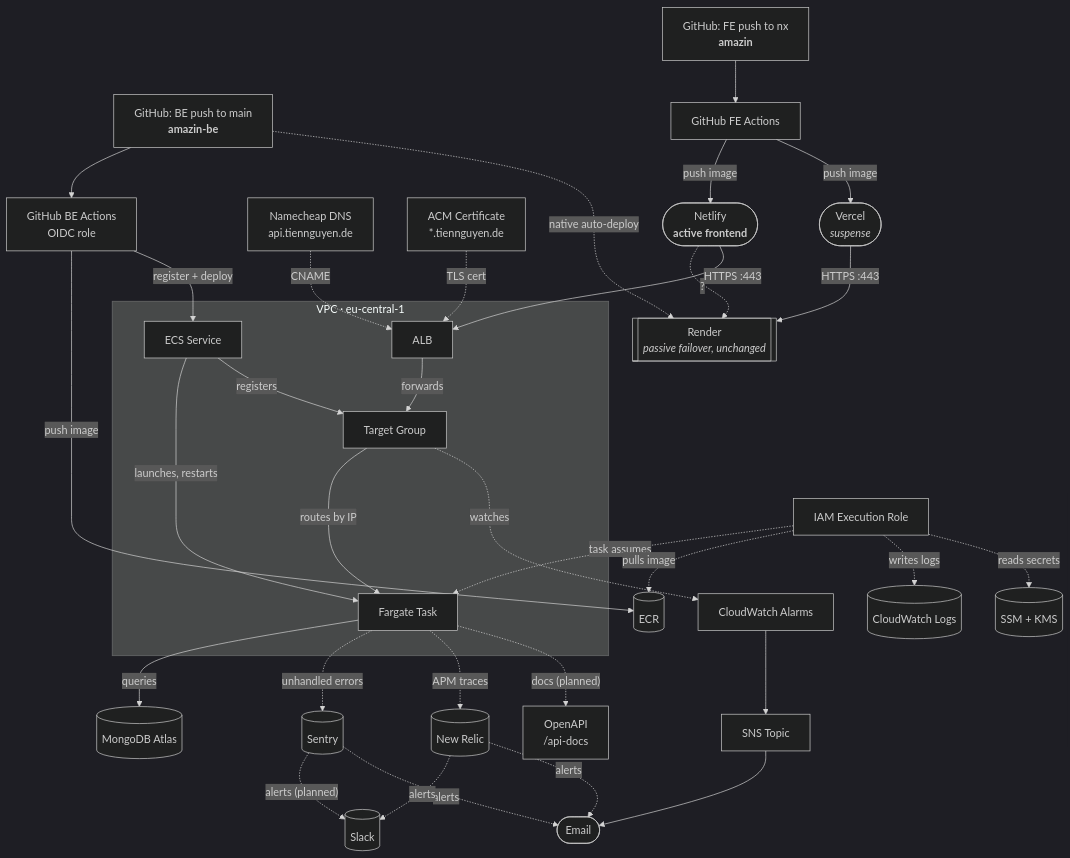
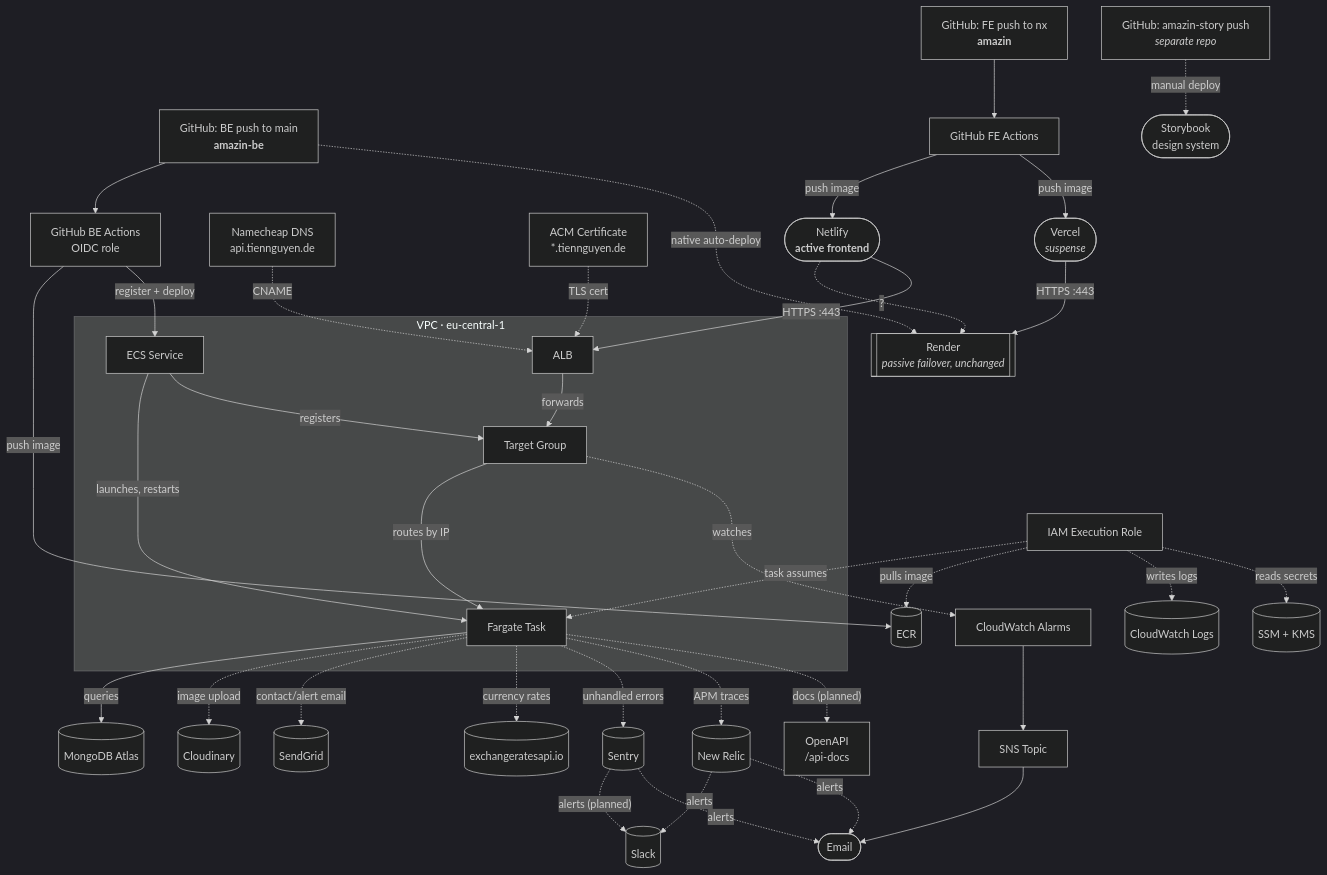
The diagram in README.md (ntrix/amazin), drawn with Mermaid (dark theme) before and after one commit.

Commit message:
docs(readme): add Cloudinary/SendGrid/rates + standalone Storybook to diagram

````diff
--- a/README.md
+++ b/README.md
@@ -111,46 +111,52 @@
 ```mermaid
 flowchart TB
   GitHubBE["GitHub: BE push to main<br/><b>amazin-be</b>"] --> ActionsBE["GitHub BE Actions<br/>OIDC role"]
   ActionsBE -->|"push image"| ECR[("ECR")]
   ActionsBE -->|"register + deploy"| Service
   GitHubBE -.->|"native auto-deploy"| Render
 
   DNS["Namecheap DNS<br/>api.tiennguyen.de"] -. CNAME .-> ALB
   ACM["ACM Certificate<br/>*.tiennguyen.de"] -. "TLS cert" .-> ALB
 
   GitHubFE["GitHub: FE push to nx<br/><b>amazin</b>"] --> ActionsFE["GitHub FE Actions"]
   ActionsFE -->|"push image"| Netlify(["Netlify<br/><b>active frontend</b>"]) .->|"?"| Render
   Netlify -->|"HTTPS :443"| ALB["ALB"]
   ActionsFE -->|"push image"| Vercel(["Vercel<br/><i>suspense</i>"]) -->|"HTTPS :443"| Render
   ALB -->|forwards| TG["Target Group"]
   TG -->|"routes by IP"| Task["Fargate Task"]
   Task -->|queries| Mongo[("MongoDB Atlas")]
   Service["ECS Service"] -->|"launches, restarts"| Task
   Service -->|registers| TG
 
   ~~~Role["IAM Execution Role"] -. "task assumes" .-> Task
   Role -. "pulls image" .-> ECR
   Role -. "writes logs" .-> Logs[("CloudWatch Logs")]
   Role -. "reads secrets" .-> SSM[("SSM + KMS")]
 
   TG -. watches .-> Alarms["CloudWatch Alarms"]
   Alarms --> SNS["SNS Topic"]
   SNS --> Email([Email])
 
+  Task -. "image upload" .-> Cloudinary[("Cloudinary")]
+  Task -. "contact/alert email" .-> SendGrid[("SendGrid")]
+  Task -. "currency rates" .-> Rates[("exchangeratesapi.io")]
+
   Task -. "unhandled errors" .-> Sentry[("Sentry")]
   Task -. "APM traces" .-> NewRelic[("New Relic")]
   Task -. "docs (planned)" .-> OpenAPI["OpenAPI<br>/api-docs"]
   Sentry -. "alerts (planned)" .-> Slack[("Slack")]
   Sentry -. alerts .-> Email
   NewRelic -. alerts .-> Slack
   NewRelic -. alerts .-> Email
+
+  GitHubStory["GitHub: amazin-story push<br/><i>separate repo</i>"] -.->|"manual deploy"| Storybook(["Storybook<br/>design system"])
 
   Render[["Render<br/><i>passive failover, unchanged</i>"]]
 
   subgraph VPC["VPC · eu-central-1"]
     ALB
     TG
     Task
     Service
   end
 ```
````
